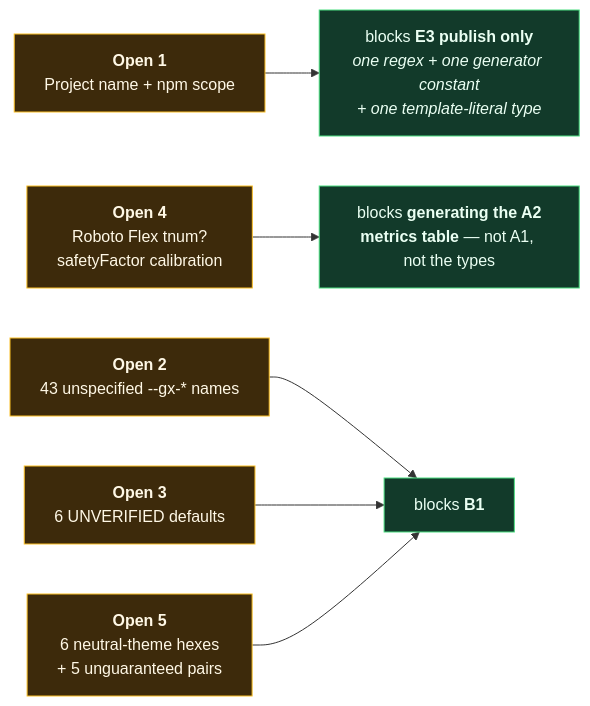
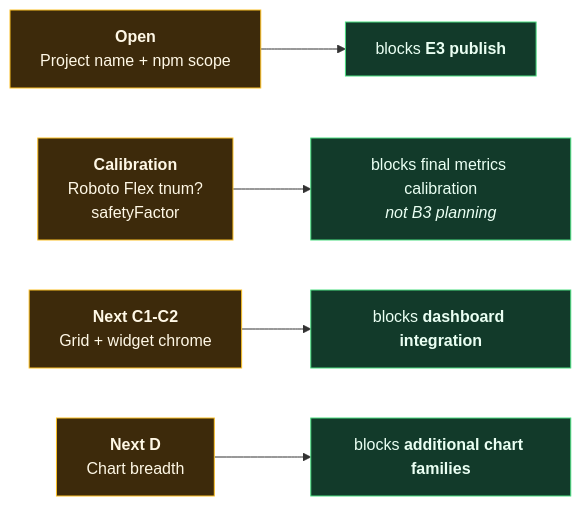
One commit to DeshpandeBoy/Defence-Charts changed the second of 3 diagrams in research/maps/02-implementation-flow.md. Above: the diagram before and after it, drawn with Mermaid. The commit also changed other lines of this file and 50 other files, not shown here.

First line of the commit message:
feat: Update token flow and CI gate maps; enhance policy threshold checks

````diff
--- a/research/maps/02-implementation-flow.md
+++ b/research/maps/02-implementation-flow.md
@@ -67,13 +67,12 @@
 ```mermaid
 flowchart LR
-    o1["<b>Open 1</b><br/>Project name + npm scope"] --> t1["blocks <b>E3 publish only</b><br/><i>one regex + one generator constant<br/>+ one template-literal type</i>"]
-    o4["<b>Open 4</b><br/>Roboto Flex tnum?<br/>safetyFactor calibration"] --> t4["blocks <b>generating the A2<br/>metrics table</b> — not A1, not the types"]
-    o2["<b>Open 2</b><br/>43 unspecified --gx-* names"] --> t2["blocks <b>B1</b>"]
-    o3["<b>Open 3</b><br/>6 UNVERIFIED defaults"] --> t2
-    o5["<b>Open 5</b><br/>6 neutral-theme hexes<br/>+ 5 unguaranteed pairs"] --> t2
+    o1["<b>Open</b><br/>Project name + npm scope"] --> t1["blocks <b>E3 publish</b>"]
+    o2["<b>Calibration</b><br/>Roboto Flex tnum?<br/>safetyFactor"] --> t2["blocks final metrics calibration<br/><i>not B3 planning</i>"]
+    o3["<b>Next C1-C2</b><br/>Grid + widget chrome"] --> t3["blocks <b>dashboard integration</b>"]
+    o4["<b>Next D</b><br/>Chart breadth"] --> t4["blocks <b>additional chart families</b>"]
 
     classDef q fill:#3d2a0b,stroke:#fbbf24,color:#fff8e6
     classDef r fill:#123a2a,stroke:#4ade80,color:#eafff3
-    class o1,o2,o3,o4,o5 q
-    class t1,t2,t4 r
+    class o1,o2,o3,o4 q
+    class t1,t2,t3,t4 r
 ```
````
